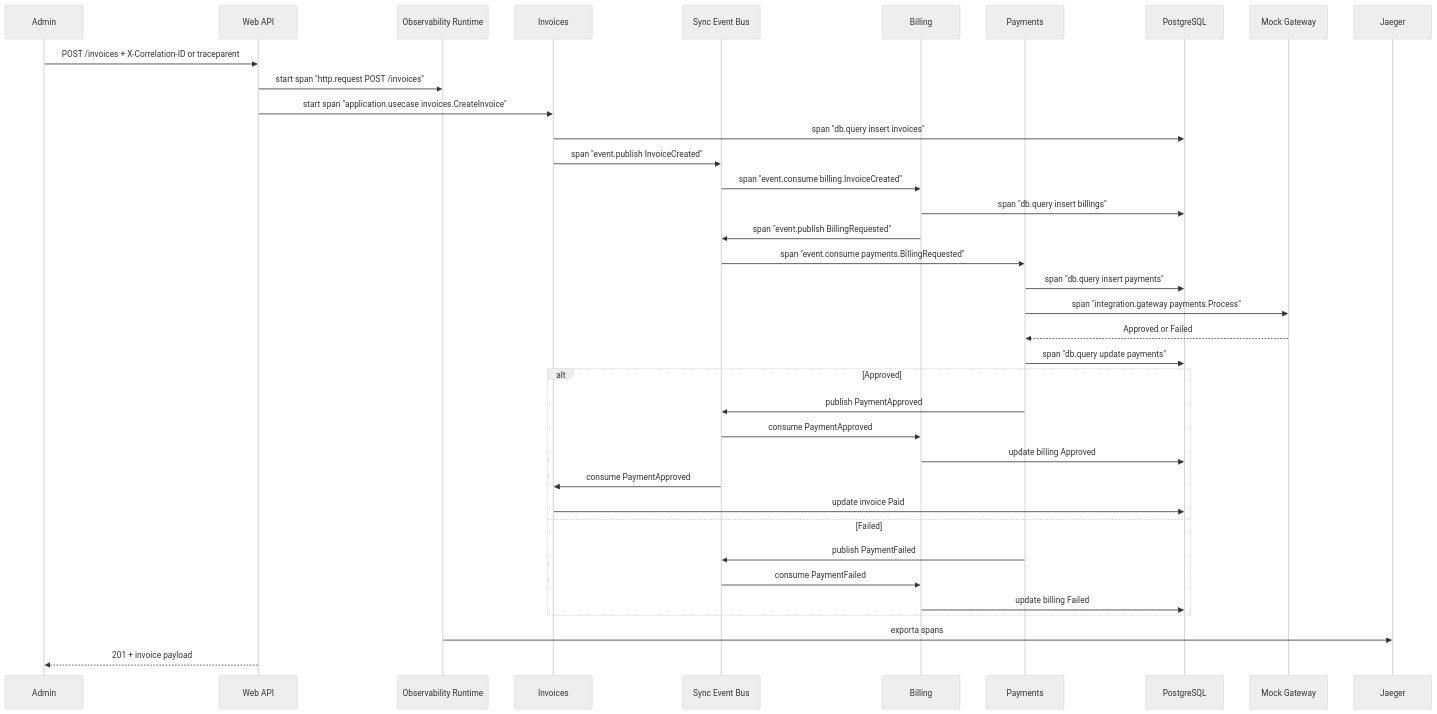
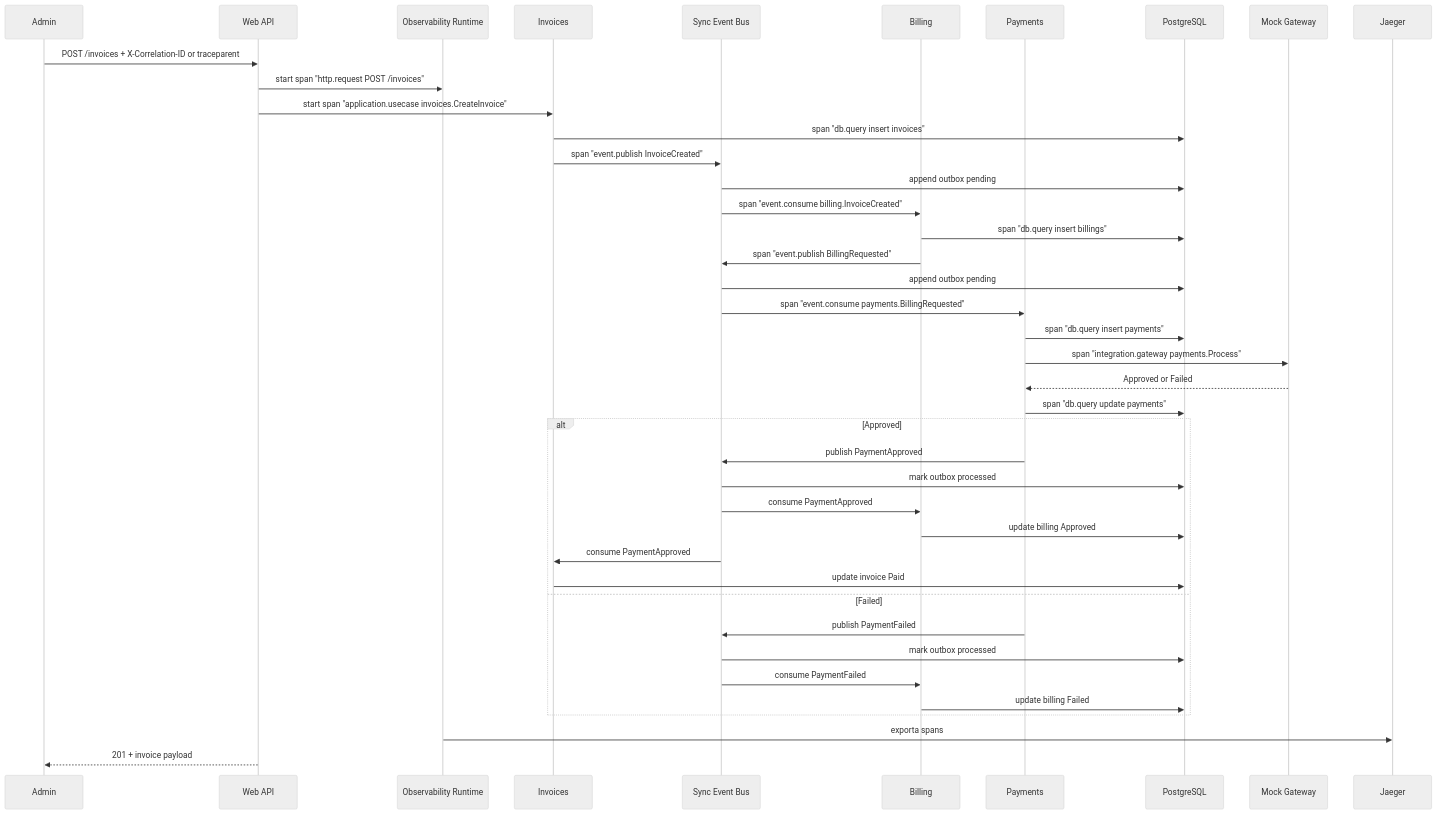
Before and after one commit to rgomids/atlas-erp-core: the fourth of 7 diagrams in docs/diagrams/architecture.md, drawn with Mermaid (neutral theme). The commit also changed other lines of this file and 61 other files, not shown here.

````diff
--- a/docs/diagrams/architecture.md
+++ b/docs/diagrams/architecture.md
@@ -90,40 +90,44 @@
 ```mermaid
 sequenceDiagram
     participant Admin
     participant API as Web API
     participant OTel as Observability Runtime
     participant Invoices
     participant Bus as Sync Event Bus
     participant Billing
     participant Payments
     participant DB as PostgreSQL
     participant Gateway as Mock Gateway
     participant Jaeger
 
     Admin->>API: POST /invoices + X-Correlation-ID or traceparent
     API->>OTel: start span "http.request POST /invoices"
     API->>Invoices: start span "application.usecase invoices.CreateInvoice"
     Invoices->>DB: span "db.query insert invoices"
     Invoices->>Bus: span "event.publish InvoiceCreated"
+    Bus->>DB: append outbox pending
     Bus->>Billing: span "event.consume billing.InvoiceCreated"
     Billing->>DB: span "db.query insert billings"
     Billing->>Bus: span "event.publish BillingRequested"
+    Bus->>DB: append outbox pending
     Bus->>Payments: span "event.consume payments.BillingRequested"
     Payments->>DB: span "db.query insert payments"
     Payments->>Gateway: span "integration.gateway payments.Process"
     Gateway-->>Payments: Approved or Failed
     Payments->>DB: span "db.query update payments"
     alt Approved
         Payments->>Bus: publish PaymentApproved
+        Bus->>DB: mark outbox processed
         Bus->>Billing: consume PaymentApproved
         Billing->>DB: update billing Approved
         Bus->>Invoices: consume PaymentApproved
         Invoices->>DB: update invoice Paid
     else Failed
         Payments->>Bus: publish PaymentFailed
+        Bus->>DB: mark outbox processed
         Bus->>Billing: consume PaymentFailed
         Billing->>DB: update billing Failed
     end
     OTel->>Jaeger: exporta spans
     API-->>Admin: 201 + invoice payload
 ```
````
